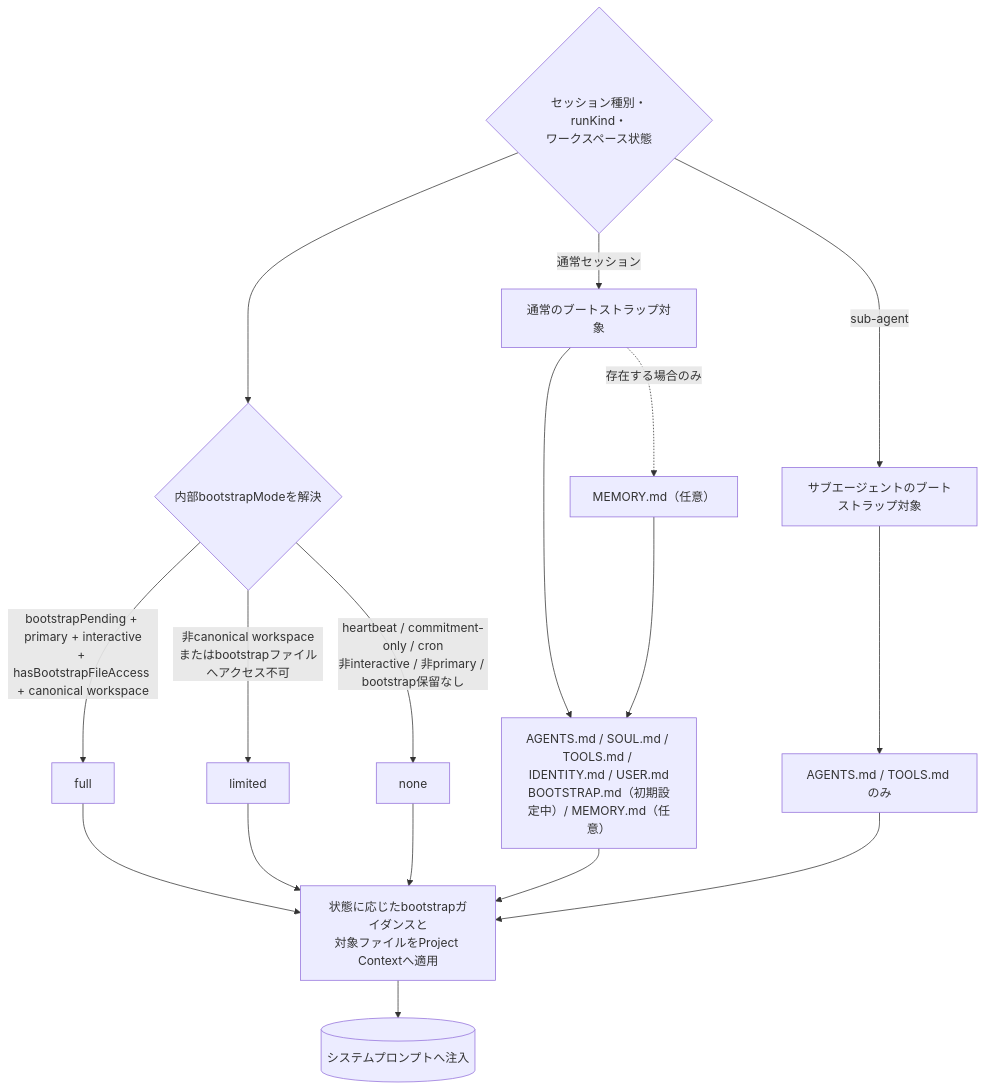
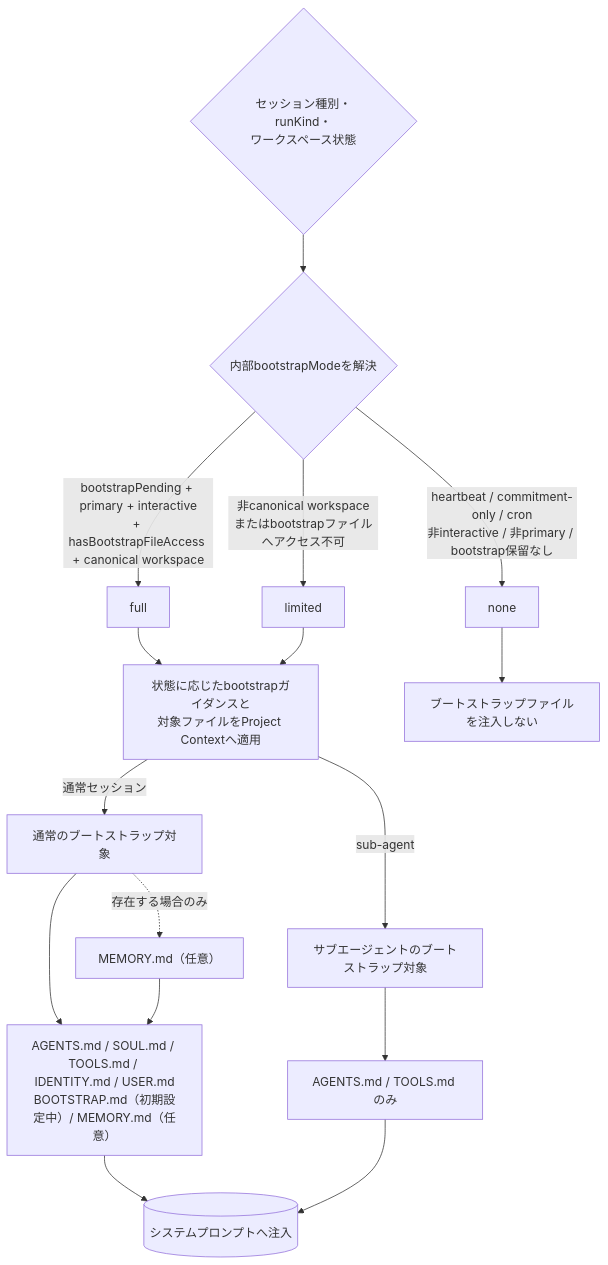
The third of 7 diagrams in archive/md/agent/Openclaw-agent-best-practices.md (myoshi2891/Comparison-of-LLMs), drawn with Mermaid before and after one commit. The commit also changed other lines of this file, not shown here.

Commit message:
fix(docs): correct OpenClaw bootstrap flow

````diff
--- a/archive/md/agent/Openclaw-agent-best-practices.md
+++ b/archive/md/agent/Openclaw-agent-best-practices.md
@@ -107,22 +107,21 @@
 ```mermaid
 flowchart TB
     MODE{"セッション種別・runKind・<br/>ワークスペース状態"}
     MODE --> RESOLVE{"内部bootstrapModeを解決"}
     RESOLVE -->|"bootstrapPending + primary + interactive<br/>+ hasBootstrapFileAccess + canonical workspace"| FULL["full"]
     RESOLVE -->|"非canonical workspace<br/>またはbootstrapファイルへアクセス不可"| LIMITED["limited"]
     RESOLVE -->|"heartbeat / commitment-only / cron<br/>非interactive / 非primary / bootstrap保留なし"| NONE["none"]
     FULL --> APPLY["状態に応じたbootstrapガイダンスと<br/>対象ファイルをProject Contextへ適用"]
     LIMITED --> APPLY
-    NONE --> APPLY
-    APPLY --> SYS[("システムプロンプトへ注入")]
-    MODE -->|"通常セッション"| MAIN["通常のブートストラップ対象"]
+    NONE --> NOBOOT["ブートストラップファイルを注入しない"]
+    APPLY -->|"通常セッション"| MAIN["通常のブートストラップ対象"]
     MAIN -.->|"存在する場合のみ"| MEM["MEMORY.md（任意）"]
     MAINFILES["AGENTS.md / SOUL.md / TOOLS.md / IDENTITY.md / USER.md<br/>BOOTSTRAP.md（初期設定中）/ MEMORY.md（任意）"]
     SUBFILES["AGENTS.md / TOOLS.md のみ"]
-    MODE -->|"sub-agent"| SUB["サブエージェントのブートストラップ対象"]
+    APPLY -->|"sub-agent"| SUB["サブエージェントのブートストラップ対象"]
     MAIN --> MAINFILES
     MEM --> MAINFILES
     SUB --> SUBFILES
-    MAINFILES --> APPLY
-    SUBFILES --> APPLY
+    MAINFILES --> SYS[("システムプロンプトへ注入")]
+    SUBFILES --> SYS
 ```
````
